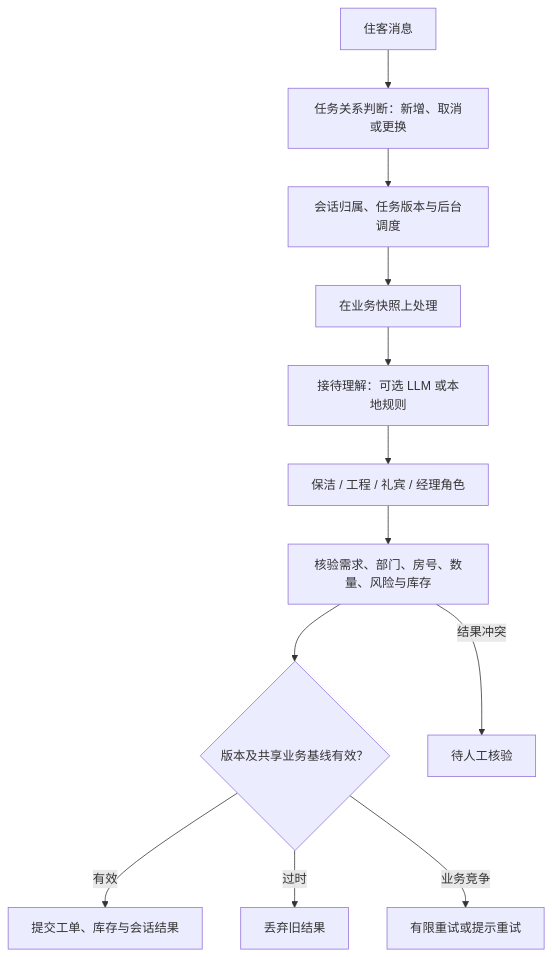
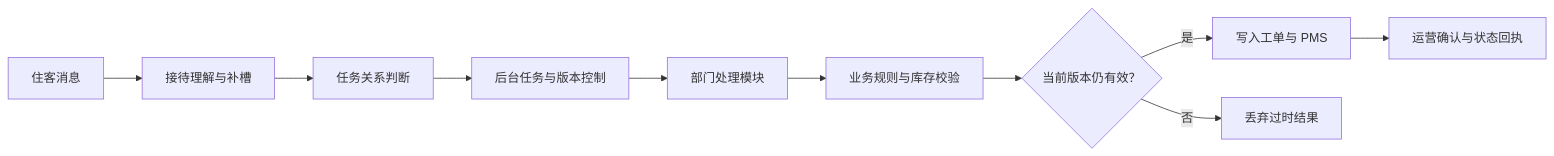
One commit to cohabit/AegisStay-MultiAgent changed the diagram in README.md. Above: the diagram before and after it, drawn with Mermaid. The commit also changed other lines of this file and 20 other files, not shown here.

````diff
--- a/README.md
+++ b/README.md
@@ -52,14 +31,12 @@
-```mermaid
-flowchart TD
-    U[住客消息] --> R[任务关系判断：新增、取消或更换]
-    R --> V[会话归属、任务版本与后台调度]
-    V --> P[在业务快照上处理]
-    P --> I[接待理解：可选 LLM 或本地规则]
-    I --> D[保洁 / 工程 / 礼宾 / 经理角色]
-    D --> C[核验需求、部门、房号、数量、风险与库存]
-    C --> G{版本及共享业务基线有效？}
-    G -->|有效| B[提交工单、库存与会话结果]
-    G -->|过时| X[丢弃旧结果]
-    G -->|业务竞争| T[有限重试或提示重试]
-    C -->|结果冲突| H[待人工核验]
-```
+~~~mermaid
+flowchart LR
+    A[住客消息] --> B[接待理解与补槽]
+    B --> C[任务关系判断]
+    C --> D[后台任务与版本控制]
+    D --> E[部门处理模块]
+    E --> F[业务规则与库存校验]
+    F --> G{当前版本仍有效？}
+    G -->|是| H[写入工单与 PMS]
+    G -->|否| I[丢弃过时结果]
+    H --> J[运营确认与状态回执]
+~~~
````
